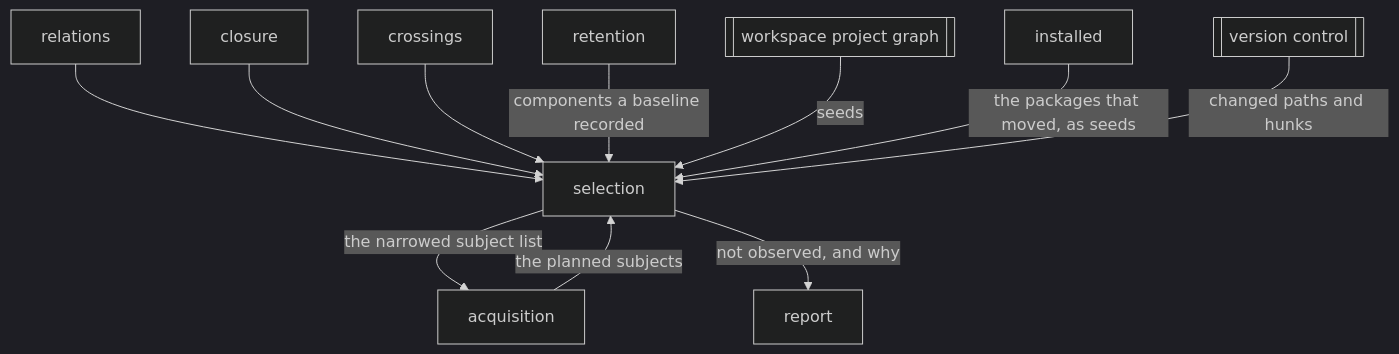
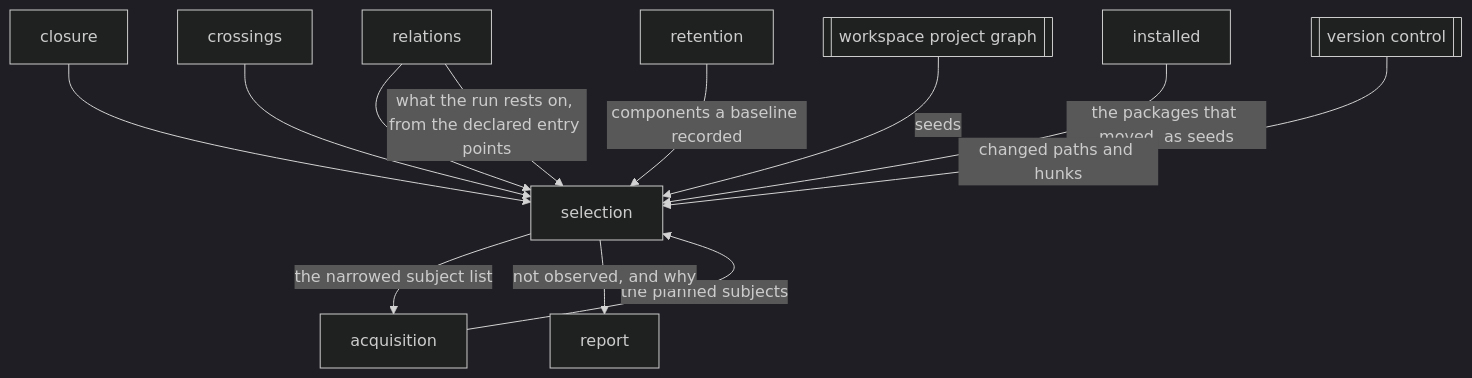
Before and after one commit to Variance-Authority/variance-authority: the diagram in .compass/variance-authority/reach/selection/README.md, drawn with Mermaid (dark theme). The commit also changed other lines of this file and 24 other files, not shown here.

First line of the commit message:
feat(sense): walk down from what a run rests on

````diff
--- a/.compass/variance-authority/reach/selection/README.md
+++ b/.compass/variance-authority/reach/selection/README.md
@@ -131,13 +155,14 @@
 ```mermaid
 flowchart TB
   REL[relations] --> SEL[selection]
   CLO[closure] --> SEL
   CROSS[crossings] --> SEL
   RET[retention] -->|components a baseline recorded| SEL
   ACQ[acquisition] -->|the planned subjects| SEL
   TOOLS[[workspace project graph]] -->|seeds| SEL
   INS[installed] -->|the packages that moved, as seeds| SEL
+  REL -->|what the run rests on, from the declared entry points| SEL
   VCS[[version control]] -->|changed paths and hunks| SEL
   SEL -->|the narrowed subject list| ACQ
   SEL -->|not observed, and why| REP[report]
 ```
````
